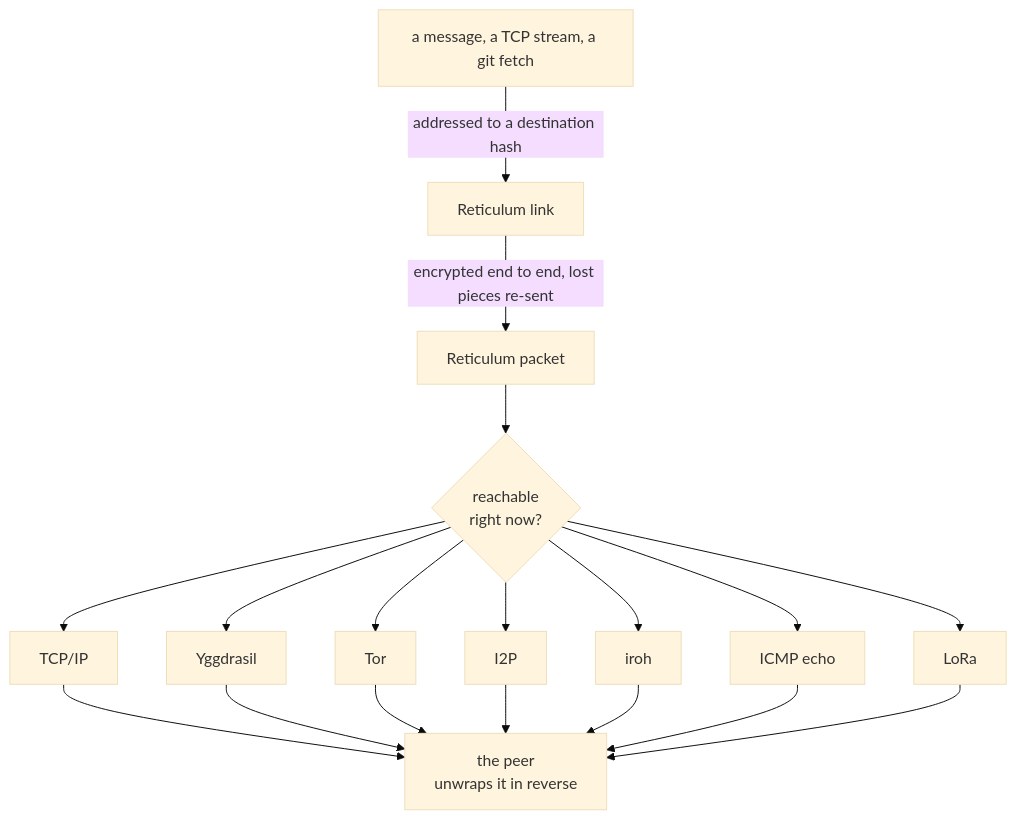
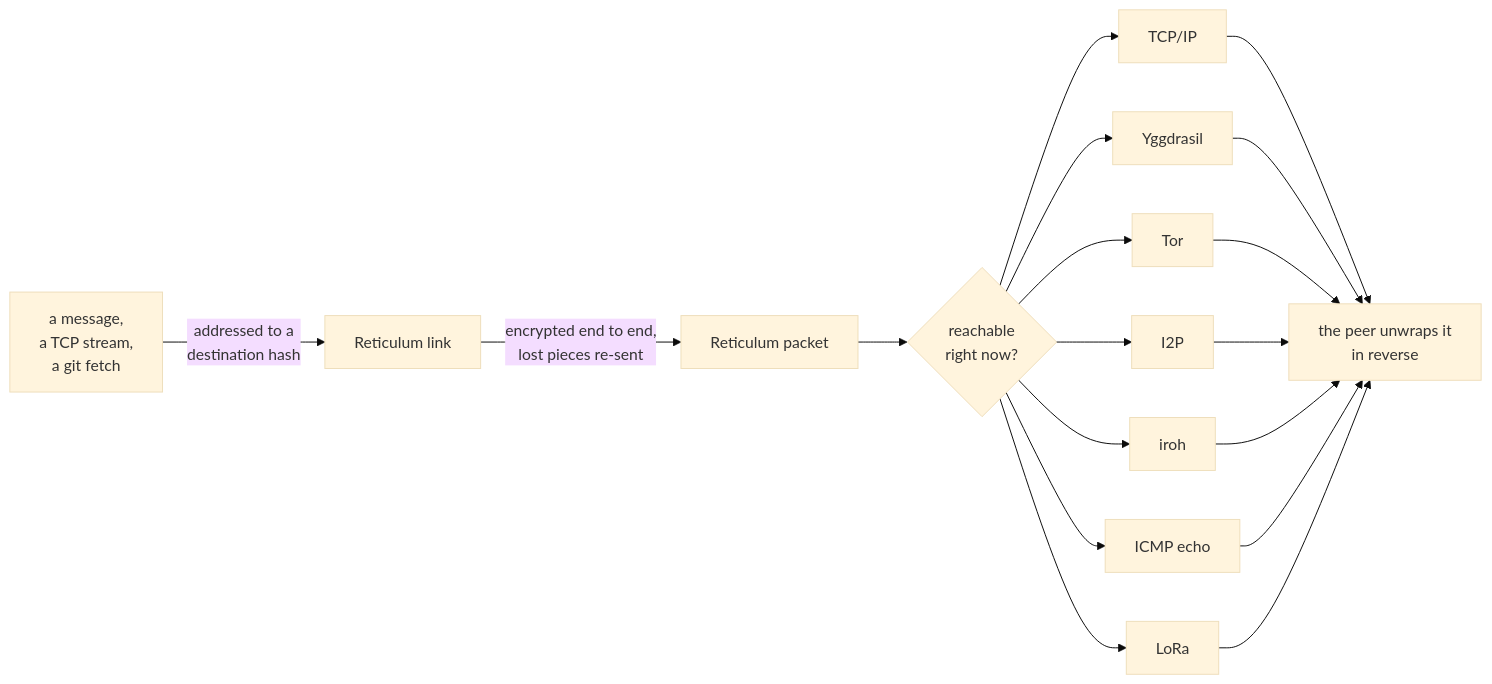
The diagram in README.md (Resilum/resilum-core), drawn with Mermaid (base theme) before and after one commit. The commit also changed other lines of this file, not shown here.

Commit message:
docs: lay the pipeline diagram out left-to-right so it fits narrow views

````diff
--- a/README.md
+++ b/README.md
@@ -45,21 +45,21 @@
 ```mermaid
-flowchart TB
-    APP["a message, a TCP stream, a git fetch"]
+flowchart LR
+    APP["a message,<br/>a TCP stream,<br/>a git fetch"]
     LINK["Reticulum link"]
     PKT["Reticulum packet"]
     PICK{"reachable<br/>right now?"}
     TCP["TCP/IP"]
     YGG["Yggdrasil"]
     TOR["Tor"]
     I2P["I2P"]
     IROH["iroh"]
     ICMP["ICMP echo"]
     LORA["LoRa"]
-    PEER["the peer<br/>unwraps it in reverse"]
+    PEER["the peer unwraps it<br/>in reverse"]
 
-    APP -->|"addressed to a destination hash"| LINK
-    LINK -->|"encrypted end to end, lost pieces re-sent"| PKT
+    APP -->|"addressed to a<br/>destination hash"| LINK
+    LINK -->|"encrypted end to end,<br/>lost pieces re-sent"| PKT
     PKT --> PICK
     PICK --> TCP & YGG & TOR & I2P & IROH & ICMP & LORA
     TCP & YGG & TOR & I2P & IROH & ICMP & LORA --> PEER
 ```
````
